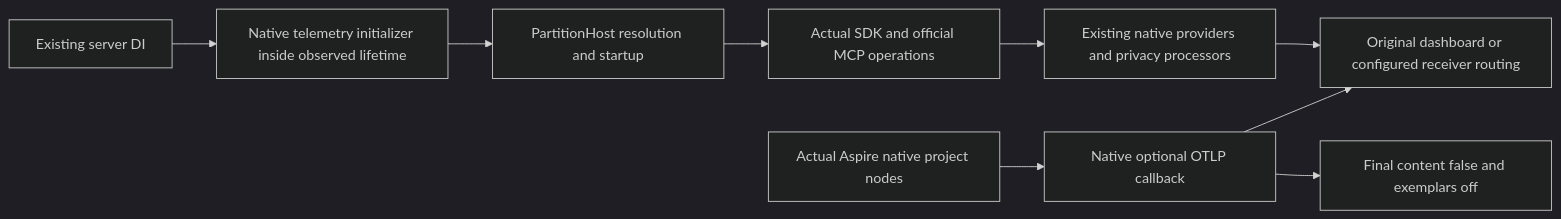
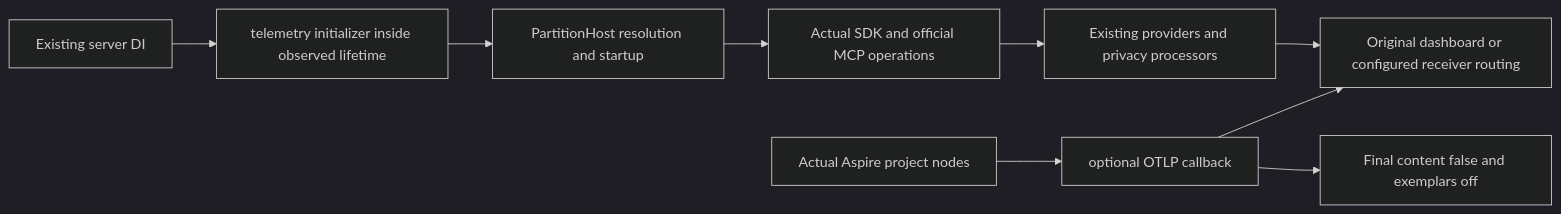
The diagram in docs/Features/Authorization/FoundationOtlp.md (managedcode/KeyLoad), drawn with Mermaid (dark theme) before and after one commit. The commit also changed other lines of this file and 9016 other files, not shown here.

````diff
--- a/docs/Features/Authorization/FoundationOtlp.md
+++ b/docs/Features/Authorization/FoundationOtlp.md
@@ -12,11 +12,11 @@
 ```mermaid
 flowchart LR
-  Nodes[Actual Aspire native project nodes] --> Native[Native optional OTLP callback]
-  Native --> Routing[Original dashboard or configured receiver routing]
-  Native --> Privacy[Final content false and exemplars off]
-  Build[Existing server DI] --> Init[Native telemetry initializer inside observed lifetime]
+  Nodes[Actual Aspire project nodes] --> Execution[optional OTLP callback]
+  Execution --> Routing[Original dashboard or configured receiver routing]
+  Execution --> Privacy[Final content false and exemplars off]
+  Build[Existing server DI] --> Init[telemetry initializer inside observed lifetime]
   Init --> Storage[PartitionHost resolution and startup]
   Storage --> Calls[Actual SDK and official MCP operations]
-  Calls --> Providers[Existing native providers and privacy processors]
+  Calls --> Providers[Existing providers and privacy processors]
   Providers --> Routing
 ```
````
